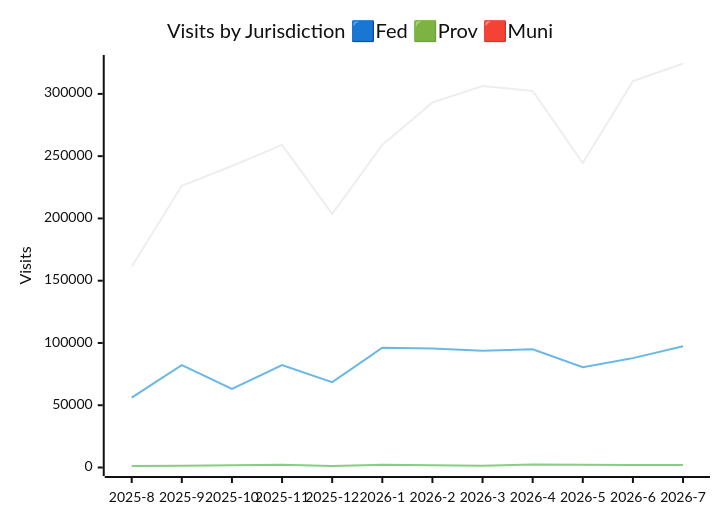
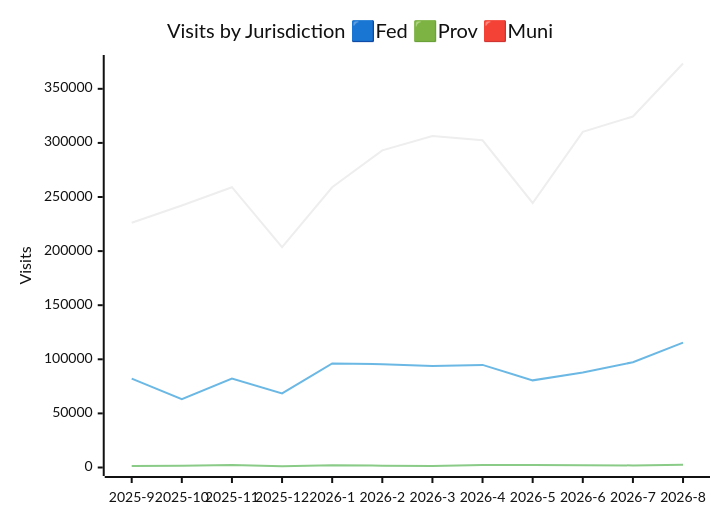
One commit to PatLittle/analytics-corporate-reporting changed the second of 3 diagrams in JURISDICTION_ANALYTICS_REPORT/readme.md. Above: the diagram before and after it, drawn with Mermaid (neutral theme). The commit also changed other lines of this file and 3 other files, not shown here.

````diff
--- a/JURISDICTION_ANALYTICS_REPORT/readme.md
+++ b/JURISDICTION_ANALYTICS_REPORT/readme.md
@@ -27,10 +27,10 @@
 ```mermaid
 
 xychart-beta
     title "Visits by Jurisdiction 🟦Fed 🟩Prov 🟥Muni"
-    x-axis [2025-8, 2025-9, 2025-10, 2025-11, 2025-12, 2026-1, 2026-2, 2026-3, 2026-4, 2026-5, 2026-6, 2026-7]
-    y-axis "Visits" 0 --> 324409
-    line [161338, 226186, 242133, 259080, 203607, 258970, 293145, 306370, 302402, 244497, 310201, 324399]
-    line [56125, 82254, 63140, 82168, 68507, 96190, 95559, 93799, 94888, 80579, 87817, 97366]
-    line [1187, 1472, 1717, 2282, 1200, 2113, 1718, 1475, 2389, 2241, 2036, 1954]
+    x-axis [2025-9, 2025-10, 2025-11, 2025-12, 2026-1, 2026-2, 2026-3, 2026-4, 2026-5, 2026-6, 2026-7, 2026-8]
+    y-axis "Visits" 0 --> 373397
+    line [226186, 242133, 259080, 203607, 258970, 293145, 306370, 302402, 244497, 310201, 324399, 373387]
+    line [82211, 63110, 82137, 68476, 96150, 95529, 93777, 94838, 80538, 87786, 97331, 115362]
+    line [1472, 1717, 2282, 1200, 2113, 1718, 1475, 2389, 2241, 2036, 1954, 2432]
 ```
````
